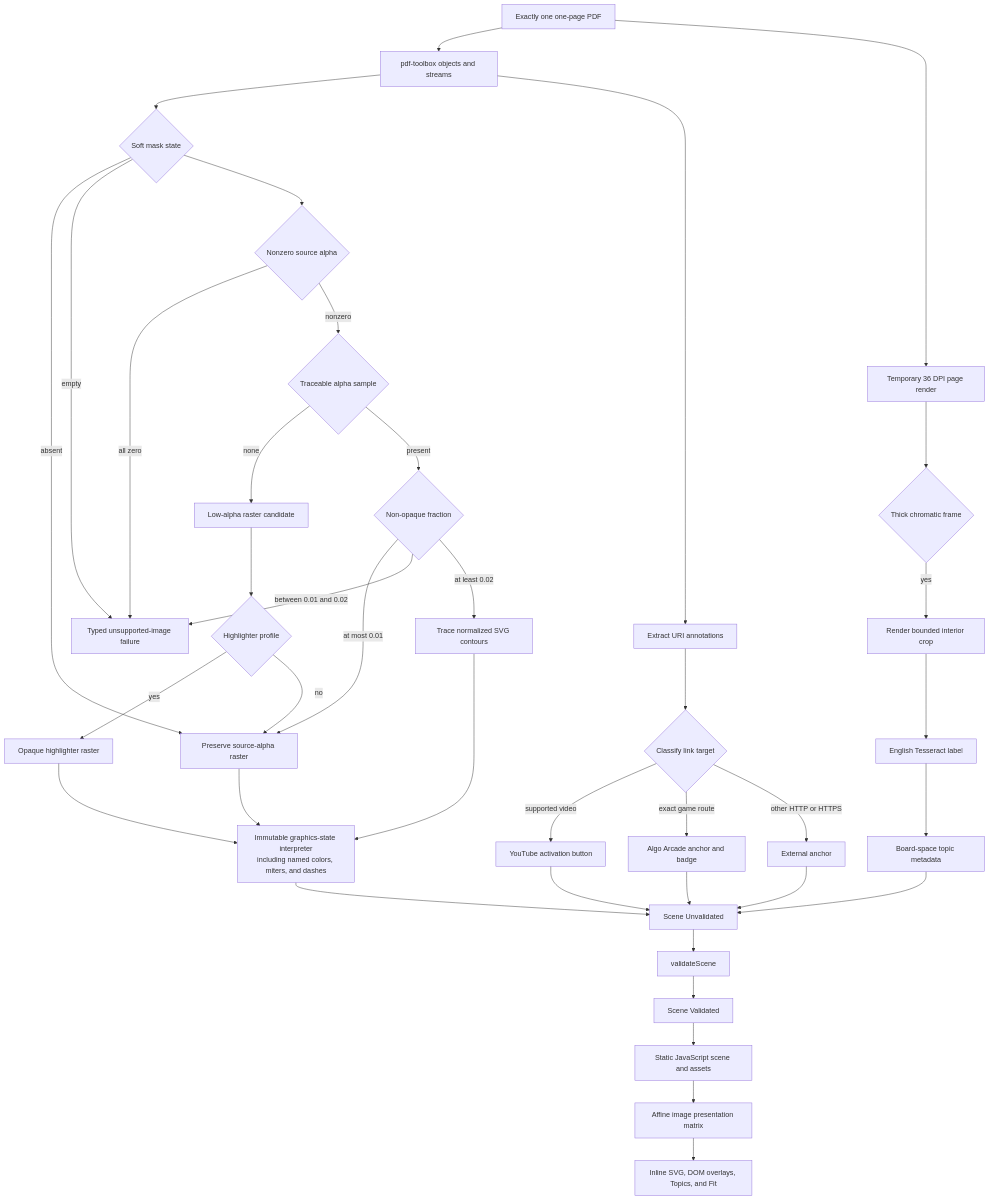
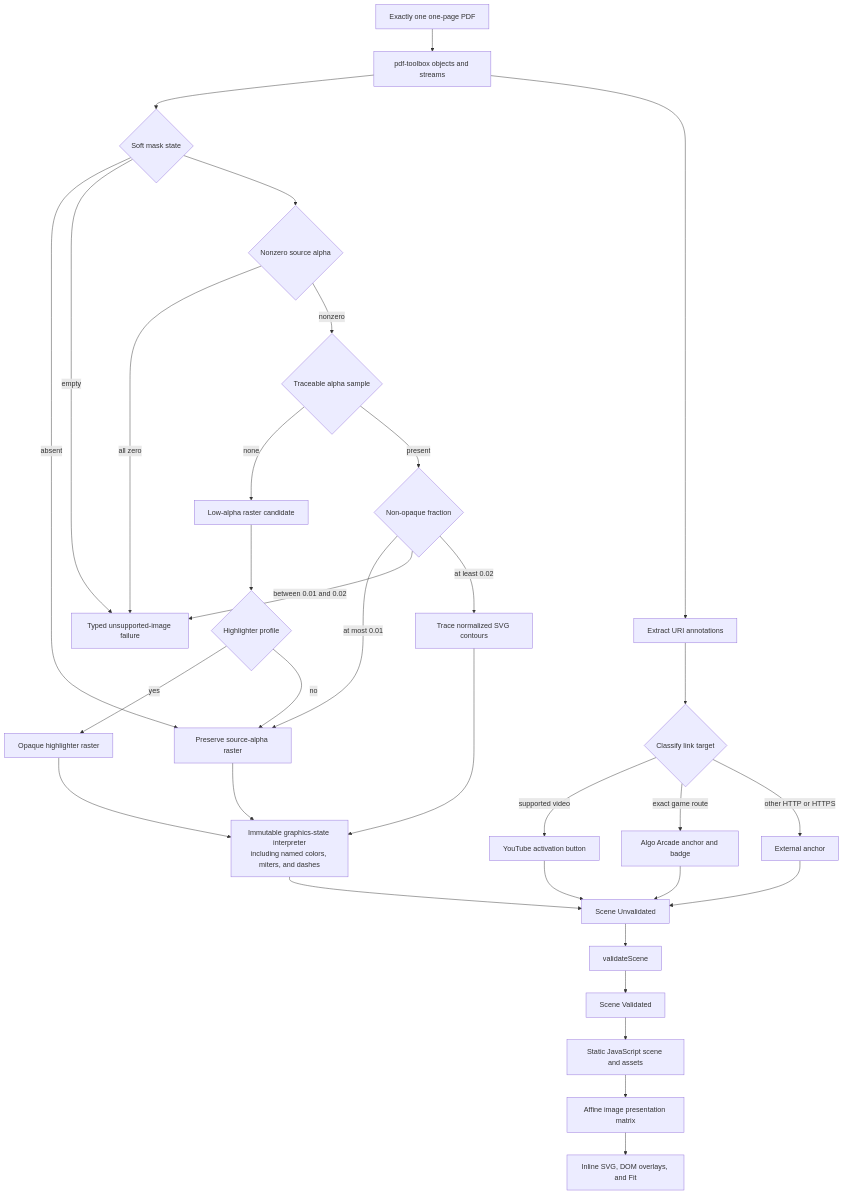
Before and after one commit to bajor/notes-website-factory-workflow: the third of 3 diagrams in docs/architecture.md, drawn with Mermaid. The commit also changed other lines of this file and 38 other files, not shown here.

Commit message:
Remove OCR topic navigation

````diff
--- a/docs/architecture.md
+++ b/docs/architecture.md
@@ -81,60 +76,52 @@
 ```mermaid
 flowchart TD
   Input[Exactly one one-page PDF]
   Parse[pdf-toolbox objects and streams]
   Mask{Soft mask state}
   SourceAlpha{Nonzero source alpha}
   Traceable{Traceable alpha sample}
   Fraction{Non-opaque fraction}
   LowAlphaCandidate[Low-alpha raster candidate]
   Highlighter{Highlighter profile}
   Raster[Preserve source-alpha raster]
   OpaqueMarker[Opaque highlighter raster]
   Vector[Trace normalized SVG contours]
   Reject[Typed unsupported-image failure]
   Links[Extract URI annotations]
-  DetectRender[Temporary 36 DPI page render]
-  Frame{Thick chromatic frame}
-  Crop[Render bounded interior crop]
-  OCR[English Tesseract label]
-  Topic[Board-space topic metadata]
   Target{Classify link target}
   YouTube[YouTube activation button]
   Game[Algo Arcade anchor and badge]
   External[External anchor]
   Interpret[Immutable graphics-state interpreter<br/>including named colors, miters, and dashes]
   Raw[Scene Unvalidated]
   Validate[validateScene]
   Valid[Scene Validated]
   Emit[Static JavaScript scene and assets]
   Affine[Affine image presentation matrix]
-  Browser[Inline SVG, DOM overlays, Topics, and Fit]
+  Browser[Inline SVG, DOM overlays, and Fit]
 
   Input --> Parse --> Mask
-  Input --> DetectRender --> Frame
-  Frame -->|yes| Crop --> OCR --> Topic
   Parse --> Links --> Target
   Mask -->|absent| Raster
   Mask -->|empty| Reject
   Mask --> SourceAlpha
   SourceAlpha -->|all zero| Reject
   SourceAlpha -->|nonzero| Traceable
   Traceable -->|none| LowAlphaCandidate
   Traceable -->|present| Fraction
   Fraction -->|at most 0.01| Raster
   Fraction -->|between 0.01 and 0.02| Reject
   Fraction -->|at least 0.02| Vector
   Target -->|supported video| YouTube
   Target -->|exact game route| Game
   Target -->|other HTTP or HTTPS| External
   LowAlphaCandidate --> Highlighter
   Highlighter -->|yes| OpaqueMarker --> Interpret
   Highlighter -->|no| Raster --> Interpret
   Vector --> Interpret
   Interpret --> Raw
   YouTube --> Raw
   Game --> Raw
   External --> Raw
-  Topic --> Raw
   Raw --> Validate --> Valid --> Emit --> Affine --> Browser
 ```
````
